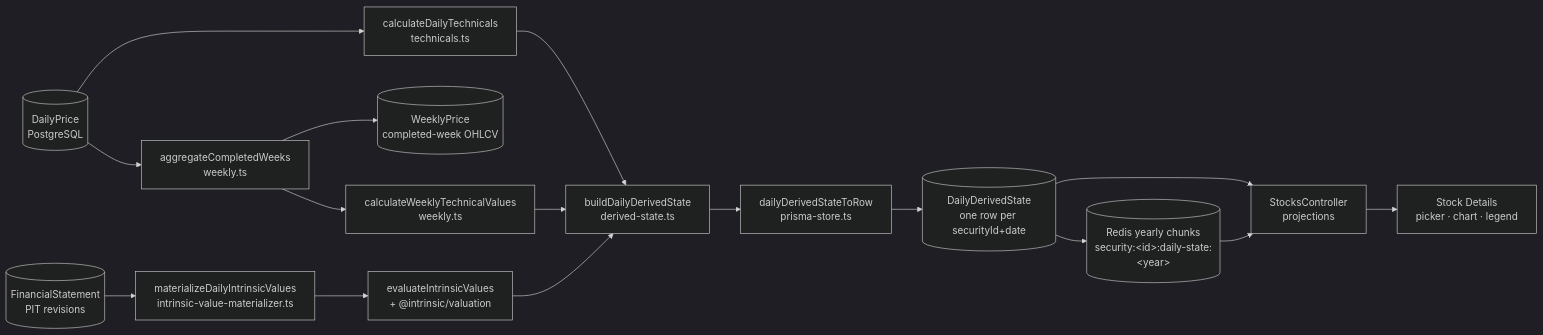
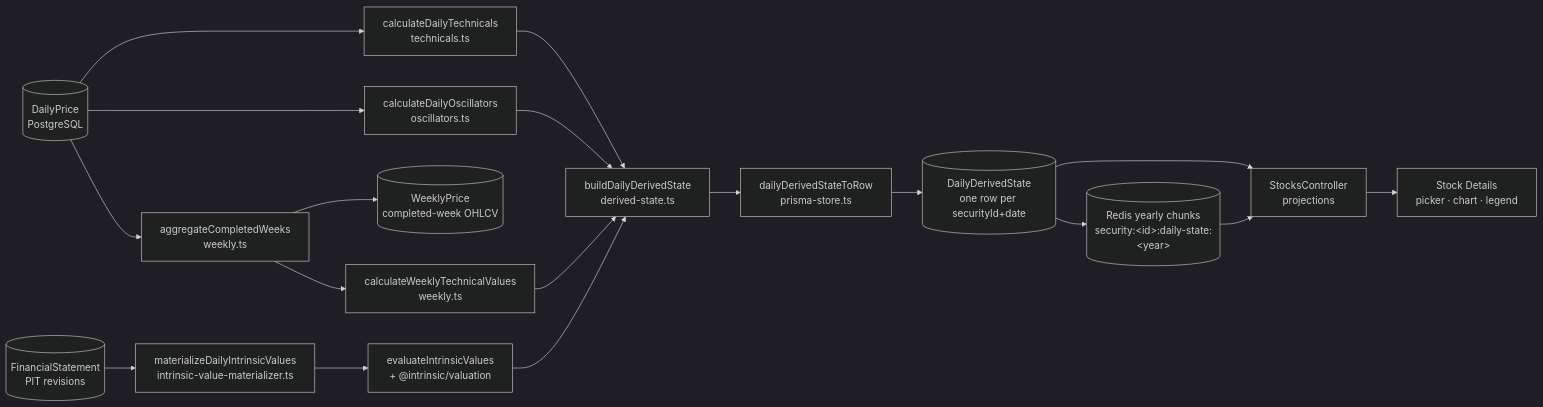
The first of 3 diagrams in ai/architecture/calculated-series.md (BMarius93/factorsage), drawn with Mermaid (dark theme) before and after one commit. The commit also changed other lines of this file and 7 other files, not shown here.

````diff
--- a/ai/architecture/calculated-series.md
+++ b/ai/architecture/calculated-series.md
@@ -15,18 +15,20 @@
 ```mermaid
 flowchart LR
   DP[("DailyPrice<br/>PostgreSQL")] --> DT["calculateDailyTechnicals<br/>technicals.ts"]
+  DP --> DO["calculateDailyOscillators<br/>oscillators.ts"]
   DP --> AW["aggregateCompletedWeeks<br/>weekly.ts"]
   AW --> WP[("WeeklyPrice<br/>completed-week OHLCV")]
   AW --> WV["calculateWeeklyTechnicalValues<br/>weekly.ts"]
   FS[("FinancialStatement<br/>PIT revisions")] --> IM["materializeDailyIntrinsicValues<br/>intrinsic-value-materializer.ts"]
   IM --> EV["evaluateIntrinsicValues<br/>+ @intrinsic/valuation"]
   DT --> BD["buildDailyDerivedState<br/>derived-state.ts"]
+  DO --> BD
   WV --> BD
   EV --> BD
   BD --> ST["dailyDerivedStateToRow<br/>prisma-store.ts"]
   ST --> PG[("DailyDerivedState<br/>one row per securityId+date")]
   PG --> RD[("Redis yearly chunks<br/>security:&lt;id&gt;:daily-state:&lt;year&gt;")]
   PG --> API["StocksController<br/>projections"]
   RD --> API
   API --> WEB["Stock Details<br/>picker · chart · legend"]
 ```
````
